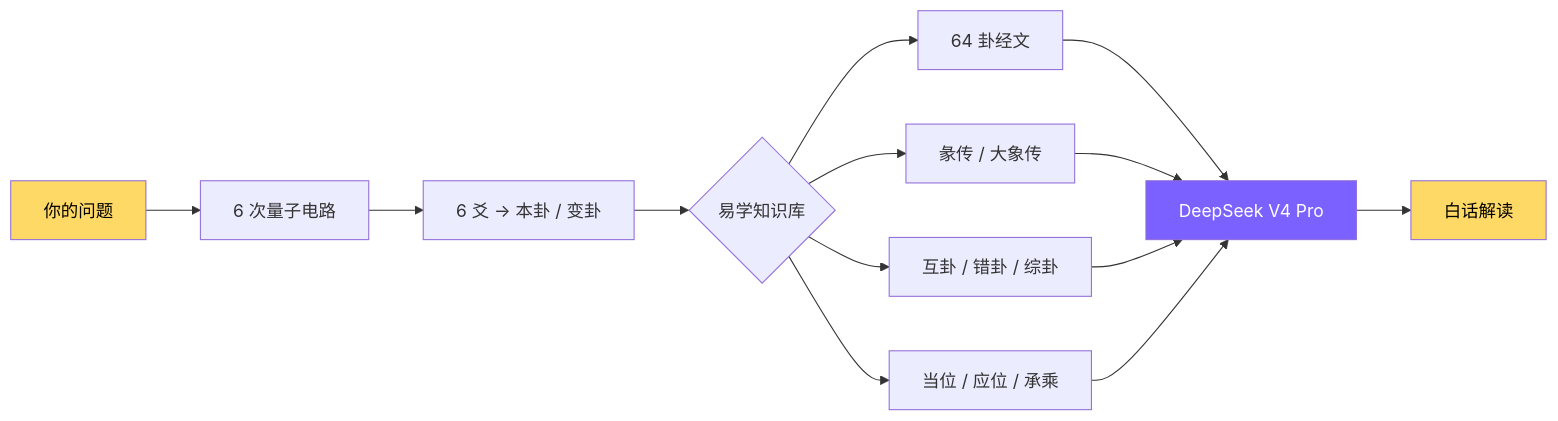
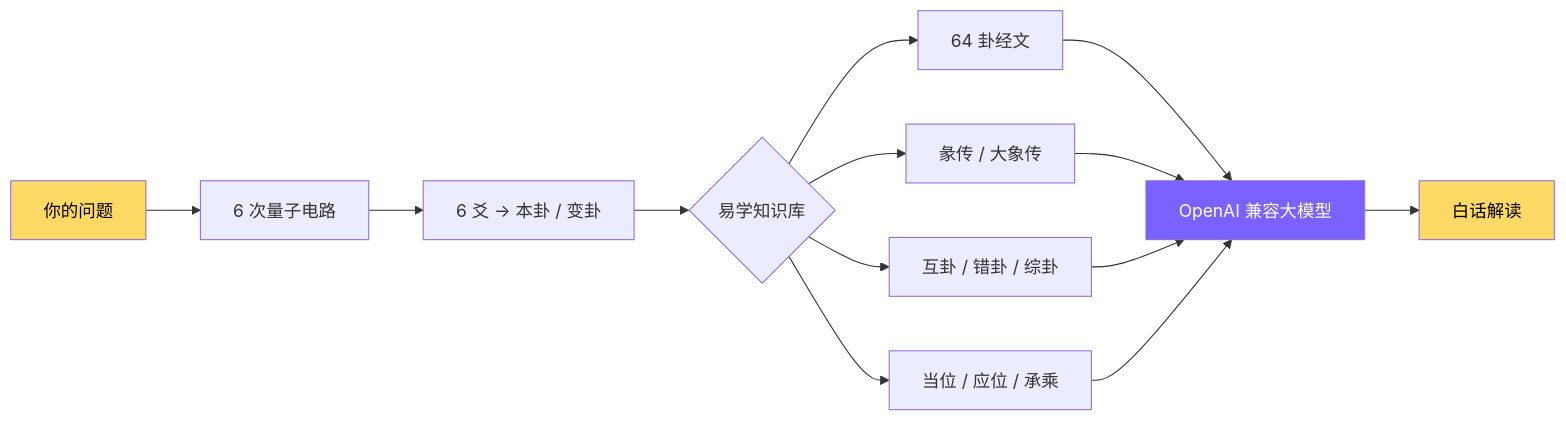
The diagram in README.md (mengbin92/Qliuyao), drawn with Mermaid before and after one commit. The commit also changed other lines of this file and 17 other files, not shown here.

````diff
--- a/README.md
+++ b/README.md
@@ -172,16 +171,16 @@
 ```mermaid
 flowchart LR
   Q[你的问题] --> C[6 次量子电路]
   C --> Y[6 爻 → 本卦 / 变卦]
   Y --> KB{易学知识库}
   KB --> H[64 卦经文]
   KB --> W[彖传 / 大象传]
   KB --> D[互卦 / 错卦 / 综卦]
   KB --> P[当位 / 应位 / 承乘]
-  H & W & D & P --> AI[DeepSeek V4 Pro]
+  H & W & D & P --> AI[OpenAI 兼容大模型]
   AI --> R[白话解读]
 
   style Q fill:#ffd966,color:#000
   style AI fill:#7B61FF,color:#fff
   style R fill:#ffd966,color:#000
 ```
````
